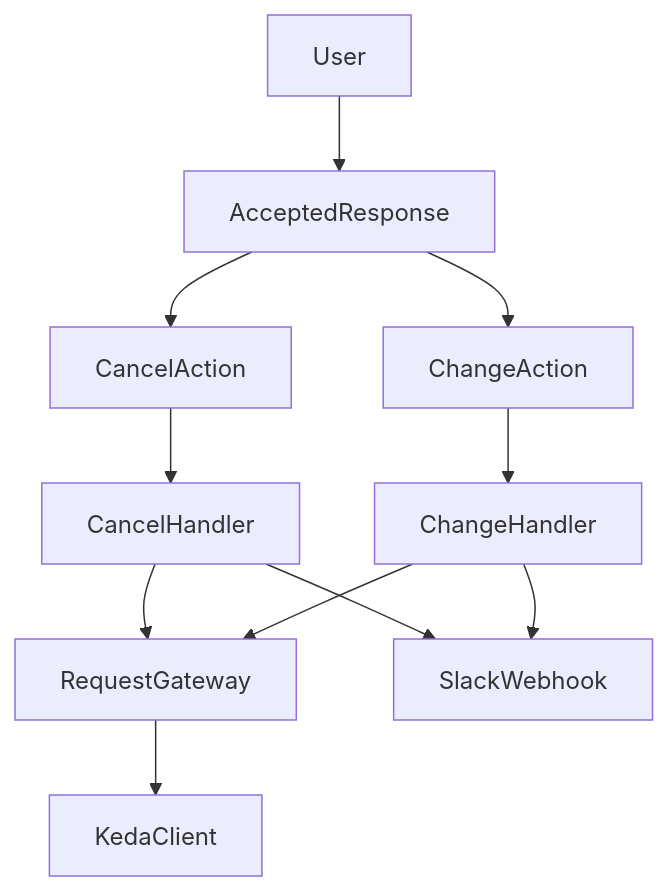
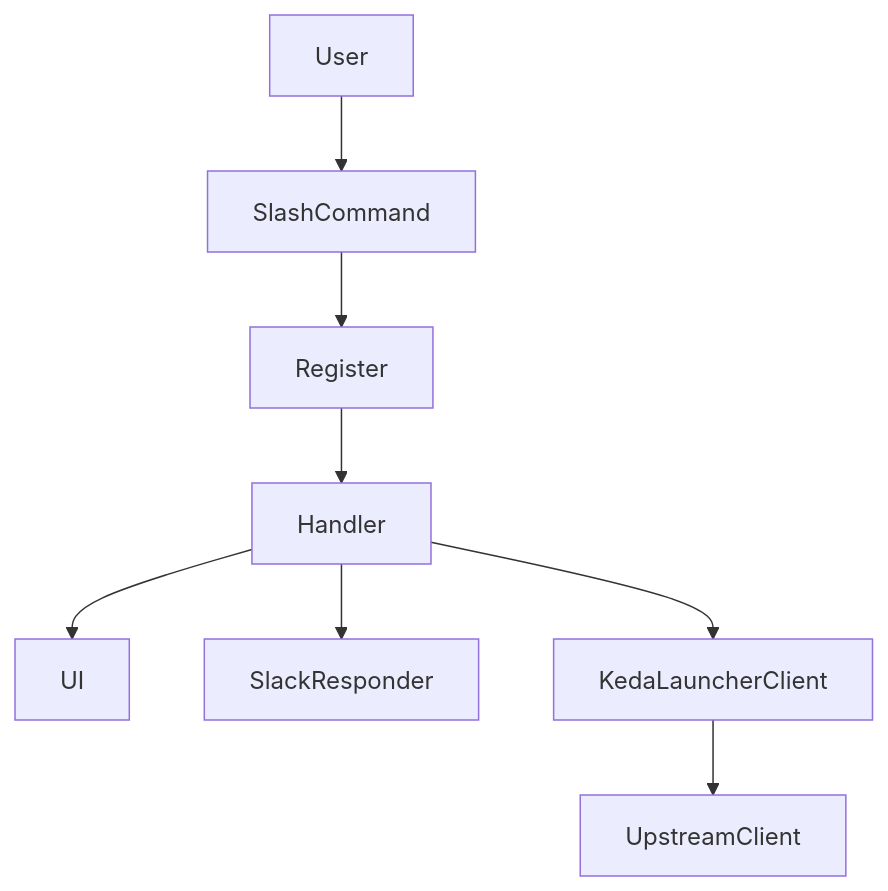
One commit to Kotaro7750/Lab-slackapp changed the first of 4 diagrams in .kiro/specs/kedalaunch-cancel-request/design.md. Above: the diagram before and after it, drawn with Mermaid. The commit also changed other lines of this file and 39 other files, not shown here.

````diff
--- a/.kiro/specs/kedalaunch-cancel-request/design.md
+++ b/.kiro/specs/kedalaunch-cancel-request/design.md
@@ -62,13 +63,10 @@
 ```mermaid
 graph TB
-    User --> AcceptedResponse
-    AcceptedResponse --> CancelAction
-    AcceptedResponse --> ChangeAction
-    CancelAction --> CancelHandler
-    ChangeAction --> ChangeHandler
-    CancelHandler --> RequestGateway
-    ChangeHandler --> RequestGateway
-    RequestGateway --> KedaClient
-    CancelHandler --> SlackWebhook
-    ChangeHandler --> SlackWebhook
+    User --> SlashCommand
+    SlashCommand --> Register
+    Register --> Handler
+    Handler --> UI
+    Handler --> SlackResponder
+    Handler --> KedaLauncherClient
+    KedaLauncherClient --> UpstreamClient
 ```
````
